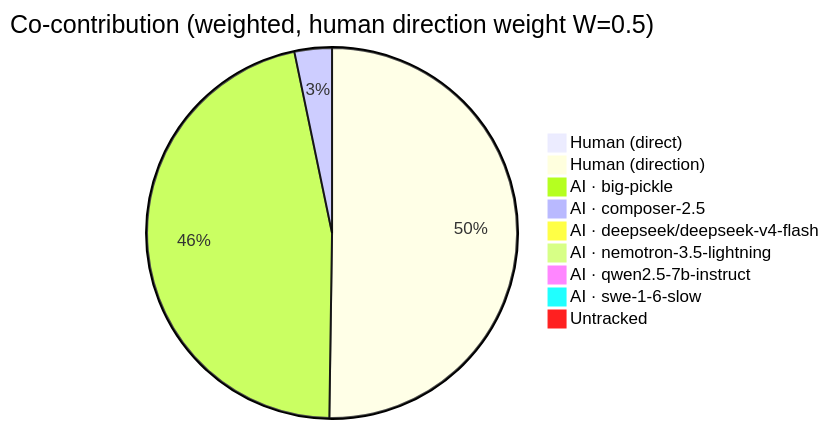
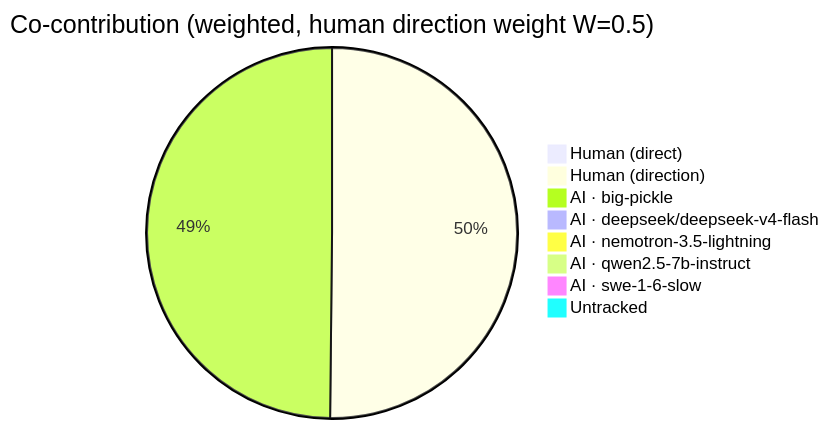
One commit to CaliMark/game-of-life changed the first of 5 diagrams in AI-AUTHORSHIP.md. Above: the diagram before and after it, drawn with Mermaid. The commit also changed other lines of this file and 1 other file, not shown here.

````diff
--- a/AI-AUTHORSHIP.md
+++ b/AI-AUTHORSHIP.md
@@ -23,12 +23,11 @@
 ```mermaid
 pie title Co-contribution (weighted, human direction weight W=0.5)
     "Human (direct)" : 1
-    "Human (direction)" : 323
-    "AI · big-pickle" : 299
-    "AI · composer-2.5" : 21
+    "Human (direction)" : 305
+    "AI · big-pickle" : 303
     "AI · deepseek/deepseek-v4-flash" : 1
     "AI · nemotron-3.5-lightning" : 1
     "AI · qwen2.5-7b-instruct" : 1
     "AI · swe-1-6-slow" : 1
     "Untracked" : 0
 ```
````
